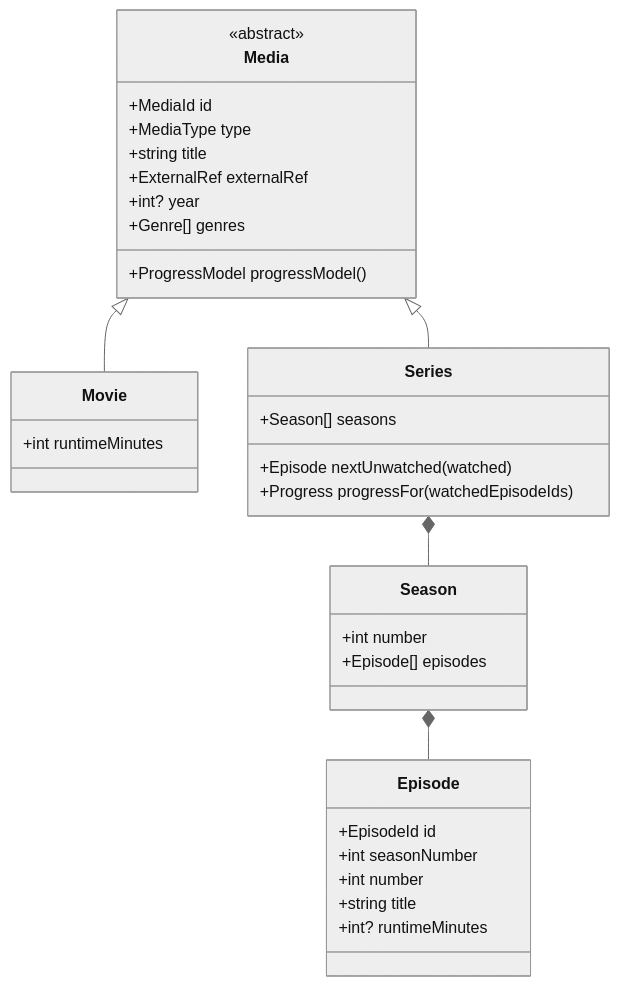
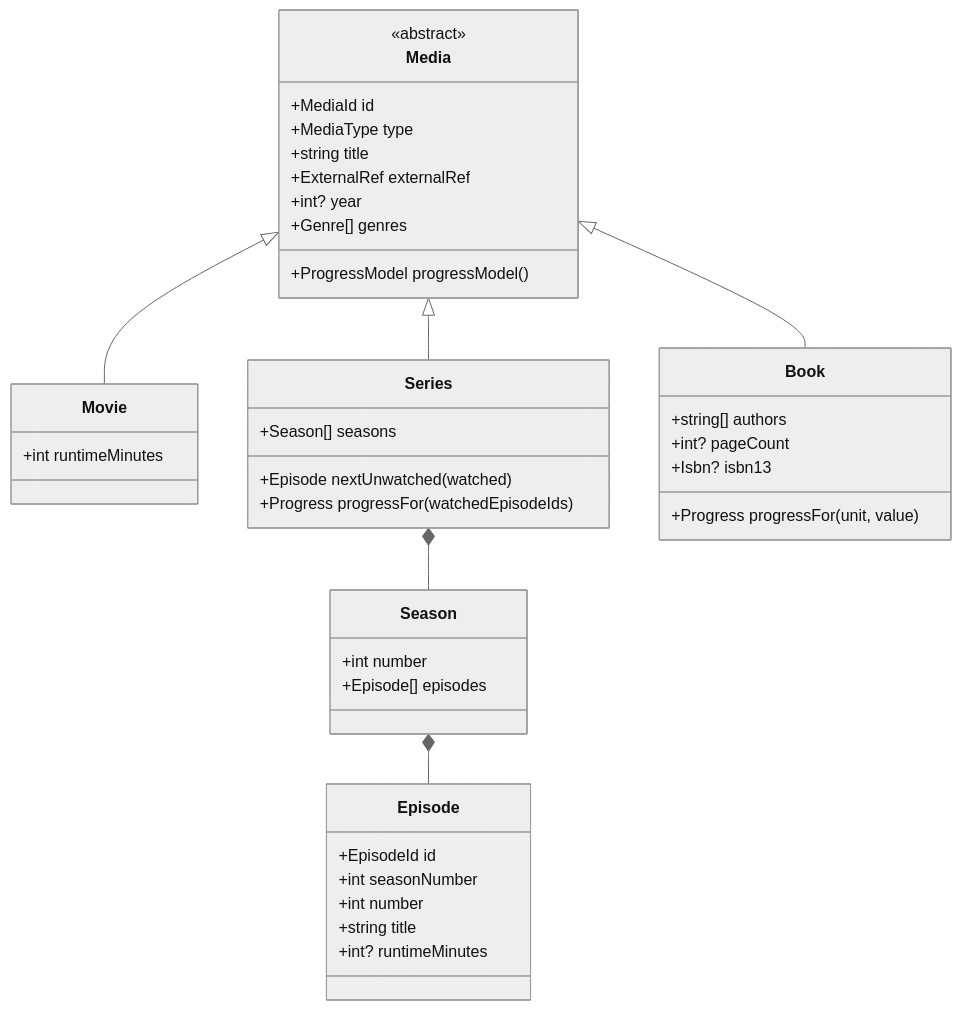
One commit to p0p314/Otium changed the second of 3 diagrams in docs/architecture/05-modele-metier.md. Above: the diagram before and after it, drawn with Mermaid (neutral theme). The commit also changed other lines of this file and 100 other files, not shown here.

````diff
--- a/docs/architecture/05-modele-metier.md
+++ b/docs/architecture/05-modele-metier.md
@@ -38,36 +40,43 @@
 ```mermaid
 classDiagram
   class Media {
     <<abstract>>
     +MediaId id
     +MediaType type
     +string title
     +ExternalRef externalRef
     +int? year
     +Genre[] genres
     +ProgressModel progressModel()
   }
   class Movie {
     +int runtimeMinutes
   }
   class Series {
     +Season[] seasons
     +Episode nextUnwatched(watched)
     +Progress progressFor(watchedEpisodeIds)
   }
+  class Book {
+    +string[] authors
+    +int? pageCount
+    +Isbn? isbn13
+    +Progress progressFor(unit, value)
+  }
   class Season {
     +int number
     +Episode[] episodes
   }
   class Episode {
     +EpisodeId id
     +int seasonNumber
     +int number
     +string title
     +int? runtimeMinutes
   }
   Media <|-- Movie
   Media <|-- Series
+  Media <|-- Book
   Series *-- Season
   Season *-- Episode
 ```
````
